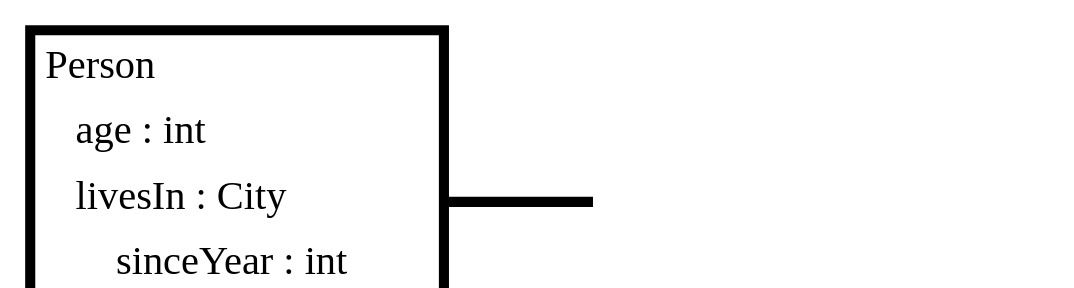
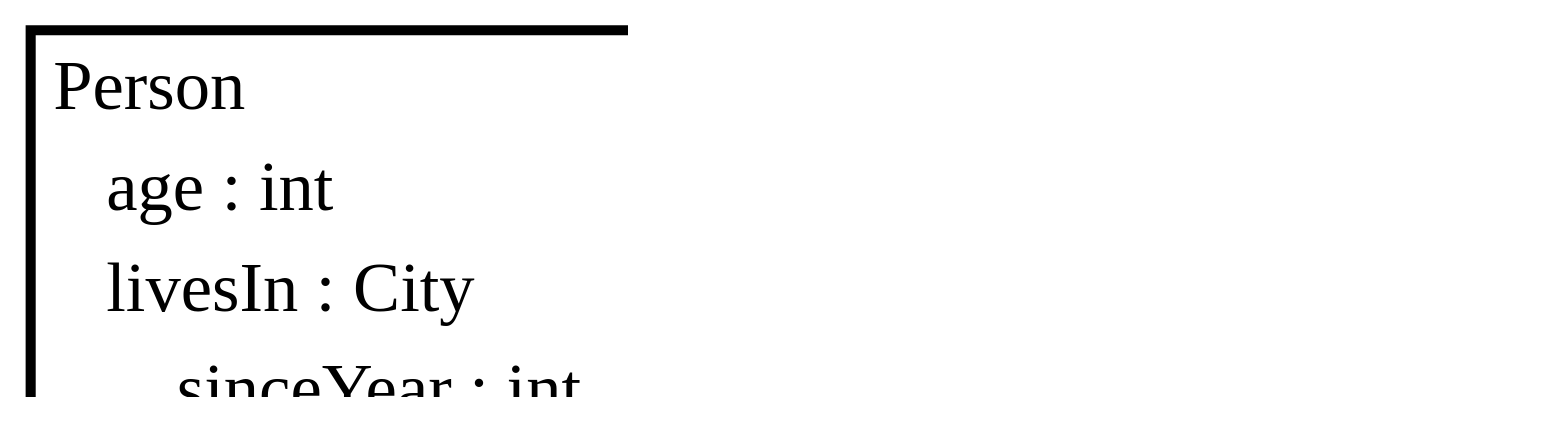
Before and after one commit to potherca-blog/StackOverflow: the diagram in question.9251556.problems-with-designing-uml-like-diagrams-in-graphviz/uml-like-graph-using-html-shapes.dot, drawn with Graphviz. The commit also changed 4 other files, not shown here.

Commit message:
Minor improvement for question.9251556.problems-with-designing-uml-like-diagrams-in-graphviz

```diff
--- a/question.9251556.problems-with-designing-uml-like-diagrams-in-graphviz/uml-like-graph-using-html-shapes.dot
+++ b/question.9251556.problems-with-designing-uml-like-diagrams-in-graphviz/uml-like-graph-using-html-shapes.dot
@@ -1,50 +1,45 @@
 digraph G {
 
     graph [
         dpi = 200
-        fontname = "Bitstream Vera Sans"
-        fontsize = 8
         rankdir = "LR"
         ranksep = 1        // Add a bit more space inbetween nodes
     ]
 
     node [
         fontname = "Bitstream Vera Sans"
-        fontsize = 8
         height = 0          // Make the node as small as possible (it will grow if it needs more space)
         margin = 0          // Remove unneeded whitespace
         shape = "plaintext" // Make sure our HTML is not placed inside a node
     ]
 
     edge [
         arrowhead = "open"
-        fontname = "Bitstream Vera Sans"
         labelangle = -5     // Place the asteriks closer to the line
-        labelfontsize = 12  // Make the asteriks a bit bigger
         labeldistance = 1.5 // Place the asteriks further away from the arrow head
         penwidth = 2        // Make the line a bit thicker
     ]
 
         
     Person [
         label = <
-            <table CELLBORDER="0" CELLSPACING="0" BORDER="2">
+            <table CELLBORDER="0" CELLSPACING="1" BORDER="2">
                 <tr><td align="left">Person</td></tr>
                 <tr><td align="left">    age : int</td></tr>
                 <tr><td align="left" port="livesIn">    livesIn : City</td></tr>
                 <tr><td align="left">        sinceYear : int</td></tr>                
             </table>
         >
     ]
     
     City [
         label = <
-            <table CELLBORDER="0" CELLSPACING="0" BORDER="2">
+            <table CELLBORDER="0" CELLSPACING="1" BORDER="2">
                 <tr><td align="left" port="city">City</td></tr>
                 <tr><td align="left" cellpadding="1">    name : string</td></tr>
             </table>
         >
     ]
     
     Person:livesIn -> City:city [headlabel = "*"]
 }
```
